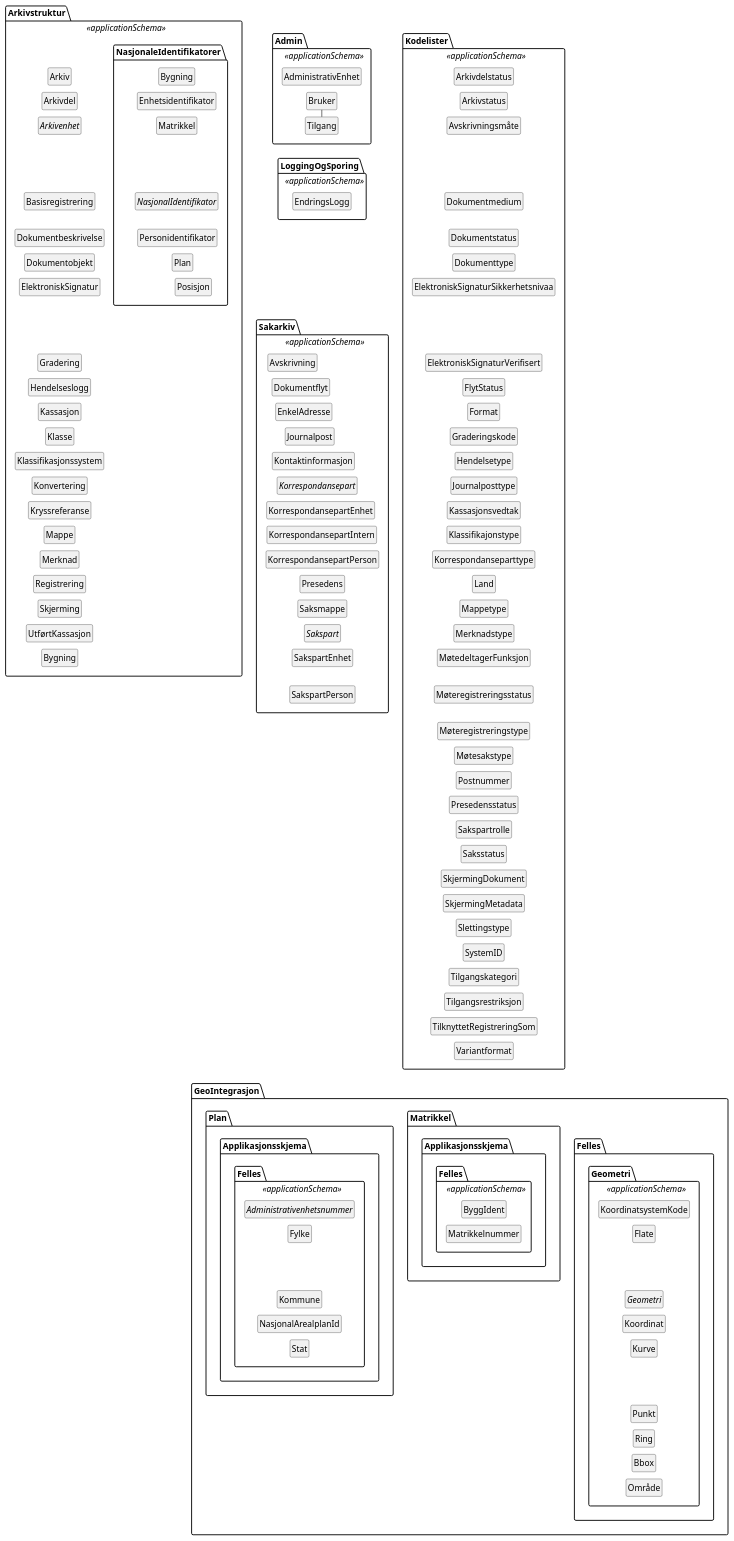
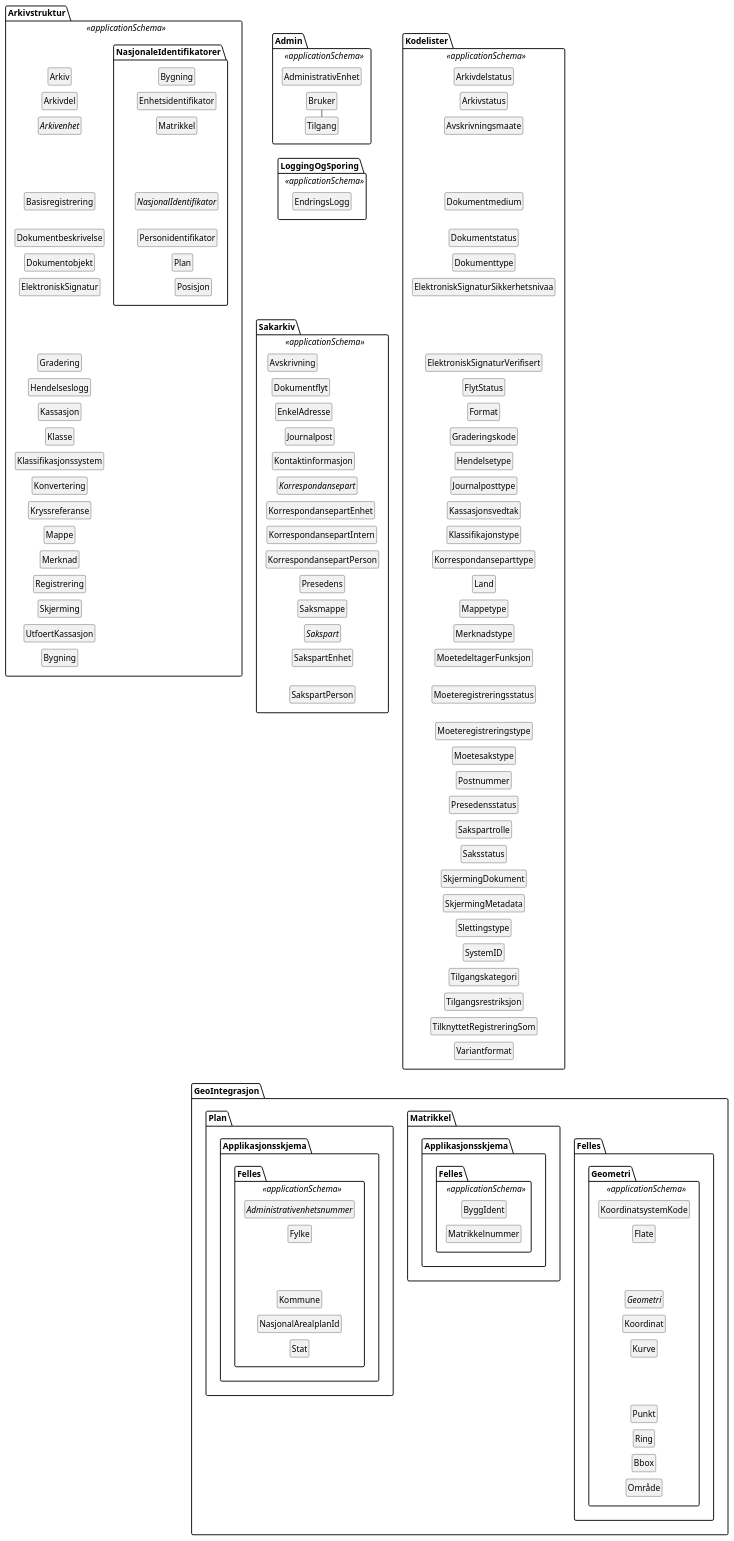
Before and after one commit to arkivverket/noark5-tjenestegrensesnitt-standard: the diagram in kapitler/media/uml-pakker-og-tilhoerende-klasser.puml, drawn with PlantUML. The commit also changed 12 other files, not shown here.

Commit message:
Adjusted several UML diagrams after the big æøå rename.

```diff
--- a/kapitler/media/uml-pakker-og-tilhoerende-klasser.puml
+++ b/kapitler/media/uml-pakker-og-tilhoerende-klasser.puml
@@ -22,7 +22,7 @@
   class Merknad
   class Registrering
   class Skjerming
-  class UtførtKassasjon
+  class UtfoertKassasjon
 
   Arkiv -[hidden]- Arkivdel
   Arkivdel -[hidden]- Arkivenhet
@@ -41,8 +41,8 @@
   Mappe -[hidden]-  Merknad
   Merknad -[hidden]-  Registrering
   Registrering -[hidden]-  Skjerming
-  Skjerming -[hidden]-  UtførtKassasjon
-  UtførtKassasjon -[hidden]- Bygning
+  Skjerming -[hidden]-  UtfoertKassasjon
+  UtfoertKassasjon -[hidden]- Bygning
 
   package NasjonaleIdentifikatorer {
     class Bygning
@@ -108,7 +108,7 @@
 package Kodelister <<applicationSchema>> {
   class Arkivdelstatus
   class Arkivstatus
-  class Avskrivningsmåte
+  class Avskrivningsmaate
   class Dokumentmedium
   class Dokumentstatus
   class Dokumenttype
@@ -125,10 +125,10 @@
   class Land
   class Mappetype
   class Merknadstype
-  class MøtedeltagerFunksjon
-  class Møteregistreringsstatus
-  class Møteregistreringstype
-  class Møtesakstype
+  class MoetedeltagerFunksjon
+  class Moeteregistreringsstatus
+  class Moeteregistreringstype
+  class Moetesakstype
   class Postnummer
   class Presedensstatus
   class Sakspartrolle
@@ -143,8 +143,8 @@
   class Variantformat
 
   Arkivdelstatus -[hidden]- Arkivstatus
-  Arkivstatus -[hidden]- Avskrivningsmåte
-  Avskrivningsmåte -[hidden]- Dokumentmedium
+  Arkivstatus -[hidden]- Avskrivningsmaate
+  Avskrivningsmaate -[hidden]- Dokumentmedium
   Dokumentmedium -[hidden]- Dokumentstatus
   Dokumentstatus -[hidden]- Dokumenttype
   Dokumenttype -[hidden]- ElektroniskSignaturSikkerhetsnivaa
@@ -160,11 +160,11 @@
   Korrespondanseparttype -[hidden]- Land
   Land -[hidden]- Mappetype
   Mappetype -[hidden]- Merknadstype
-  Merknadstype -[hidden]- MøtedeltagerFunksjon
-  MøtedeltagerFunksjon -[hidden]- Møteregistreringsstatus
-  Møteregistreringsstatus -[hidden]- Møteregistreringstype
-  Møteregistreringstype -[hidden]- Møtesakstype
-  Møtesakstype -[hidden]- Postnummer
+  Merknadstype -[hidden]- MoetedeltagerFunksjon
+  MoetedeltagerFunksjon -[hidden]- Moeteregistreringsstatus
+  Moeteregistreringsstatus -[hidden]- Moeteregistreringstype
+  Moeteregistreringstype -[hidden]- Moetesakstype
+  Moetesakstype -[hidden]- Postnummer
   Postnummer -[hidden]- Presedensstatus
   Presedensstatus -[hidden]- Sakspartrolle
   Sakspartrolle -[hidden]- Saksstatus
```
